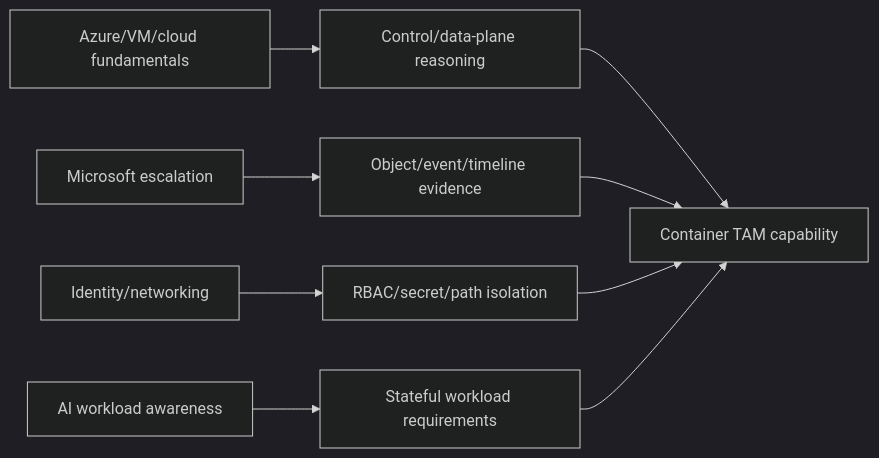
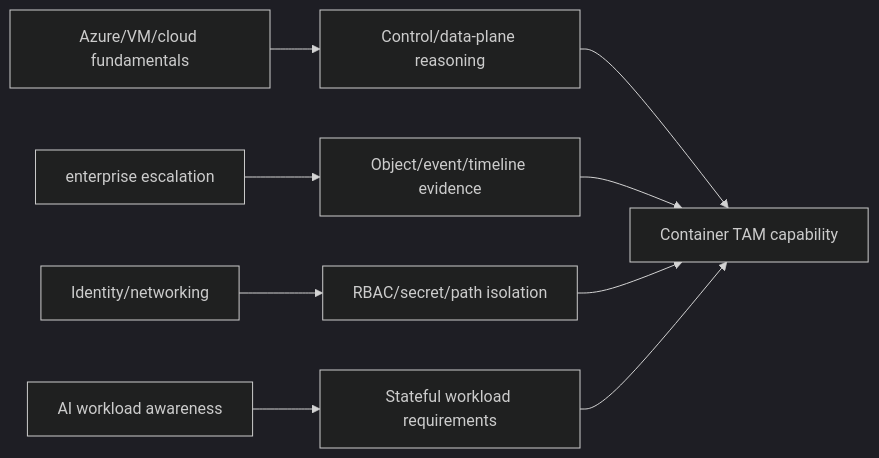
One commit to hichauhan-in/Interview-Prep changed diagram 28 of 28 in NetApp TAM/prep/Part-88-kubernetes-trident-data-management.md. Above: the diagram before and after it, drawn with Mermaid (dark theme). The commit also changed other lines of this file and 493 other files, not shown here.

````diff
--- a/NetApp TAM/prep/Part-88-kubernetes-trident-data-management.md
+++ b/NetApp TAM/prep/Part-88-kubernetes-trident-data-management.md
@@ -457,11 +457,11 @@
 ```mermaid
 flowchart LR
     CLOUD[Azure/VM/cloud fundamentals] --> ORCH[Control/data-plane reasoning]
-    MS[Microsoft escalation] --> EVID[Object/event/timeline evidence]
+    MS[enterprise escalation] --> EVID[Object/event/timeline evidence]
     ID[Identity/networking] --> SEC[RBAC/secret/path isolation]
     AI[AI workload awareness] --> STATE[Stateful workload requirements]
     ORCH --> TAM[Container TAM capability]
     EVID --> TAM
     SEC --> TAM
     STATE --> TAM
 ```
````
